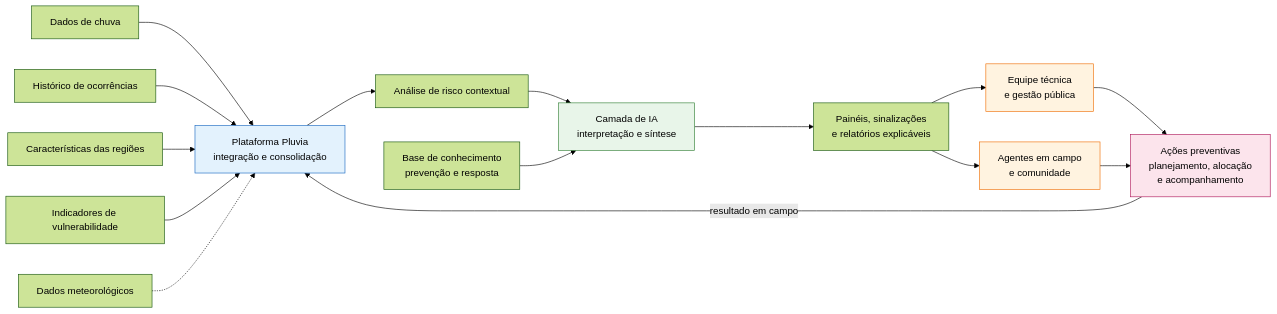
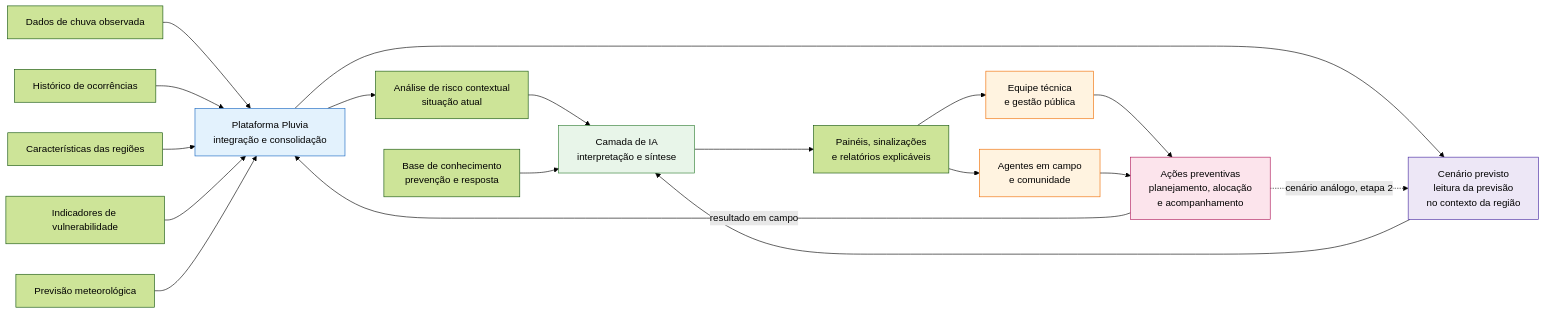
Before and after one commit to AugustoFernandesc/pluvia: the diagram in README.md, drawn with Mermaid (forest theme). The commit also changed other lines of this file, not shown here.

````diff
--- a/README.md
+++ b/README.md
@@ -97,33 +114,38 @@
 ```mermaid
 flowchart LR
-    A1[Dados de chuva]
+    A1[Dados de chuva observada]
     A2[Histórico de ocorrências]
     A3[Características das regiões]
     A4[Indicadores de vulnerabilidade]
-    A5[Dados meteorológicos]
+    A5[Previsão meteorológica]
 
     A1 --> P
     A2 --> P
     A3 --> P
     A4 --> P
-    A5 -.-> P
+    A5 --> P
 
     P[Plataforma Pluvia<br/>integração e consolidação]
-    P --> R[Análise de risco contextual]
-    R --> IA[Camada de IA<br/>interpretação e síntese]
+    P --> R[Análise de risco contextual<br/>situação atual]
+    P --> C[Cenário previsto<br/>leitura da previsão<br/>no contexto da região]
+    R --> IA
+    C --> IA
     BC[Base de conhecimento<br/>prevenção e resposta] --> IA
+    IA[Camada de IA<br/>interpretação e síntese]
 
     IA --> S[Painéis, sinalizações<br/>e relatórios explicáveis]
     S --> D1[Equipe técnica<br/>e gestão pública]
     S --> D2[Agentes em campo<br/>e comunidade]
 
     D1 --> AP[Ações preventivas<br/>planejamento, alocação<br/>e acompanhamento]
     D2 --> AP
     AP -->|resultado em campo| P
+    AP -.->|cenário análogo, etapa 2| C
 
     style P fill:#e3f2fd,stroke:#1565c0
+    style C fill:#ede7f6,stroke:#4527a0
     style IA fill:#e8f5e9,stroke:#2e7d32
     style D1 fill:#fff3e0,stroke:#ef6c00
     style D2 fill:#fff3e0,stroke:#ef6c00
     style AP fill:#fce4ec,stroke:#ad1457
 ```
````
